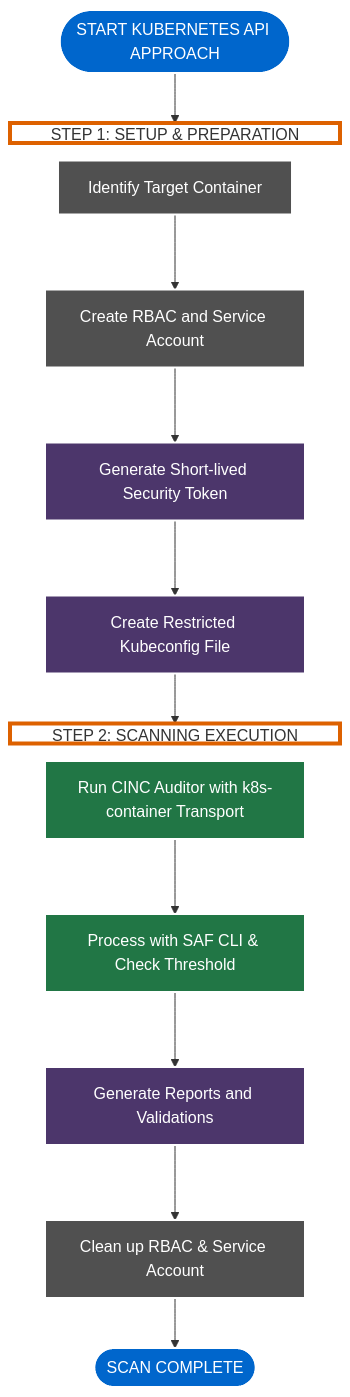
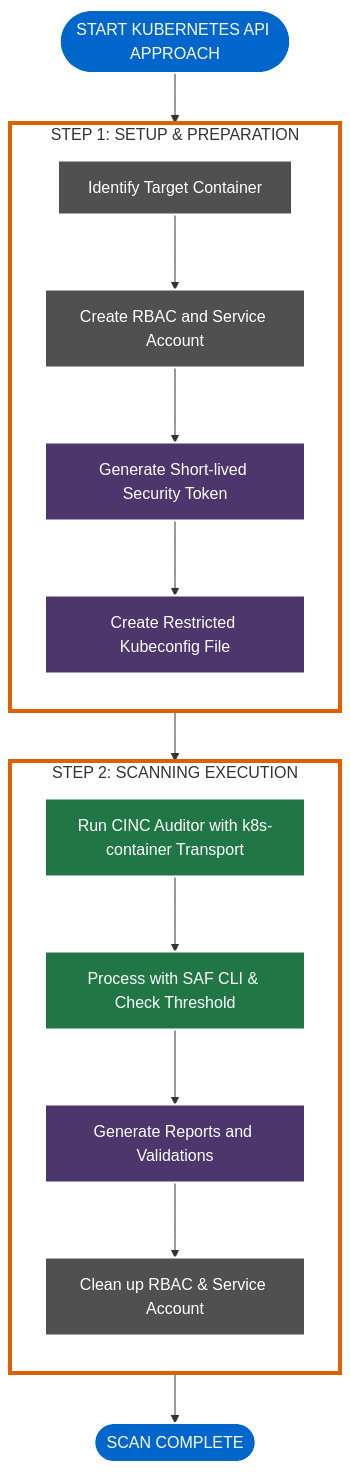
Before and after one commit to mitre/kube-secure-scanner: the second of 10 diagrams in docs/overview/mermaid-diagrams.md, drawn with Mermaid. The commit also changed other lines of this file, not shown here.

First line of the commit message:
Fix Kubernetes API Approach Workflow diagram rendering

````diff
--- a/docs/overview/mermaid-diagrams.md
+++ b/docs/overview/mermaid-diagrams.md
@@ -58,43 +58,40 @@
 ```mermaid
 flowchart TD
     start([START KUBERNETES API APPROACH]) --> step1
     
     subgraph step1["STEP 1: SETUP & PREPARATION"]
         direction TB
         identify["Identify Target Container"] --> create_rbac["Create RBAC and Service Account"]
         create_rbac --> generate_token["Generate Short-lived Security Token"]
         generate_token --> create_kubeconfig["Create Restricted Kubeconfig File"]
     end
     
     step1 --> step2
     
     subgraph step2["STEP 2: SCANNING EXECUTION"]
         direction TB
         run_cinc["Run CINC Auditor with k8s-container Transport"] --> process["Process with SAF CLI & Check Threshold"]
-        process --> generate_reports["Generate Reports and Validations"] --> cleanup["Clean up RBAC & Service Account"]
+        process --> generate_reports["Generate Reports and Validations"]
+        generate_reports --> cleanup["Clean up RBAC & Service Account"]
     end
     
     step2 --> complete([SCAN COMPLETE])
     
     %% WCAG-compliant styling
     style start fill:#0066CC,stroke:#FFFFFF,stroke-width:2px,color:#FFFFFF
     style complete fill:#0066CC,stroke:#FFFFFF,stroke-width:2px,color:#FFFFFF
     
     %% Step styling with WCAG-compliant colors - works in both light/dark
     style step1 fill:none,stroke:#DD6100,stroke-width:4px
     style step2 fill:none,stroke:#DD6100,stroke-width:4px
     
     %% Process styling with WCAG-compliant colors
     style identify fill:#505050,stroke:#FFFFFF,stroke-width:2px,color:#FFFFFF
     style create_rbac fill:#505050,stroke:#FFFFFF,stroke-width:2px,color:#FFFFFF
     style generate_token fill:#4C366B,stroke:#FFFFFF,stroke-width:2px,color:#FFFFFF
     style create_kubeconfig fill:#4C366B,stroke:#FFFFFF,stroke-width:2px,color:#FFFFFF
     style run_cinc fill:#217645,stroke:#FFFFFF,stroke-width:2px,color:#FFFFFF
     style process fill:#217645,stroke:#FFFFFF,stroke-width:2px,color:#FFFFFF
     style generate_reports fill:#4C366B,stroke:#FFFFFF,stroke-width:2px,color:#FFFFFF
     style cleanup fill:#505050,stroke:#FFFFFF,stroke-width:2px,color:#FFFFFF
-    
-    %% Add more vertical space
-    classDef space height:20px;
-    class step1,step2 space;
 ```
````
